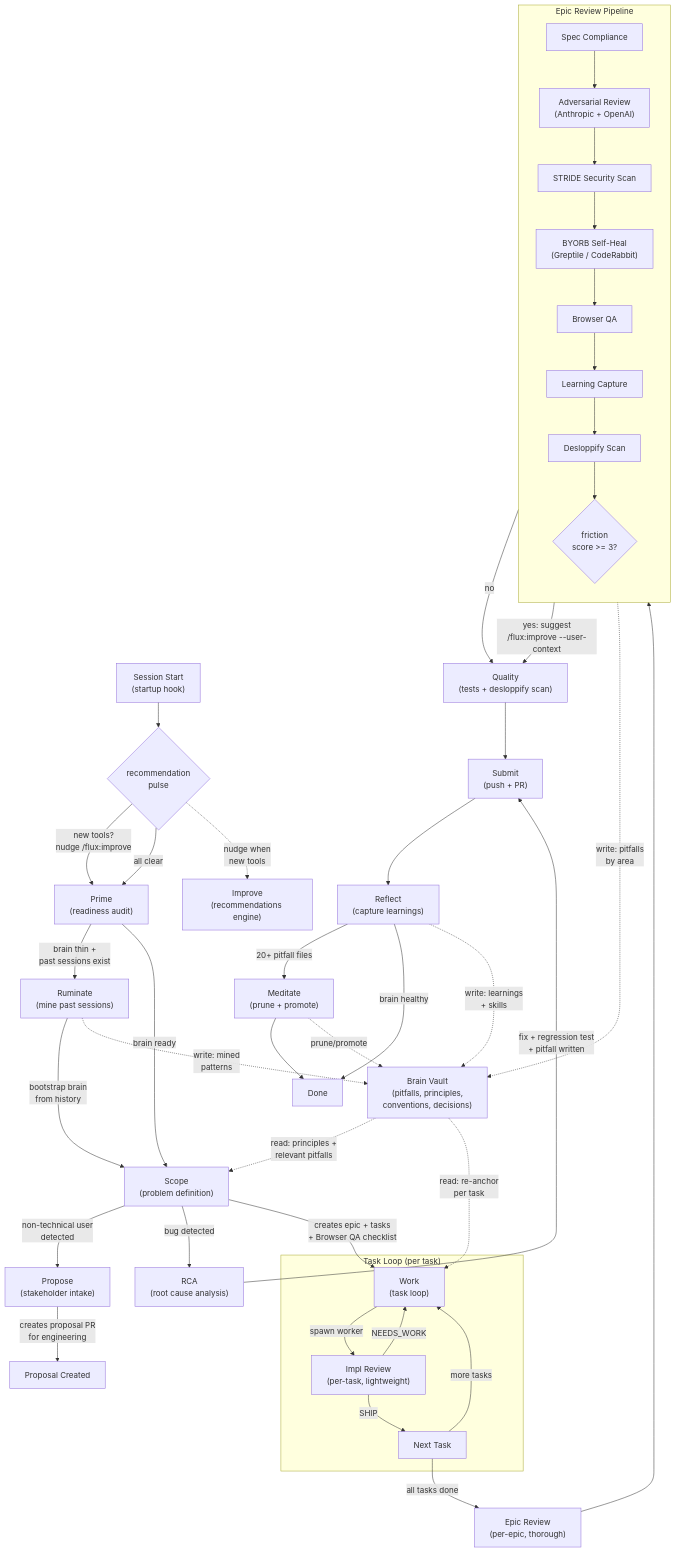
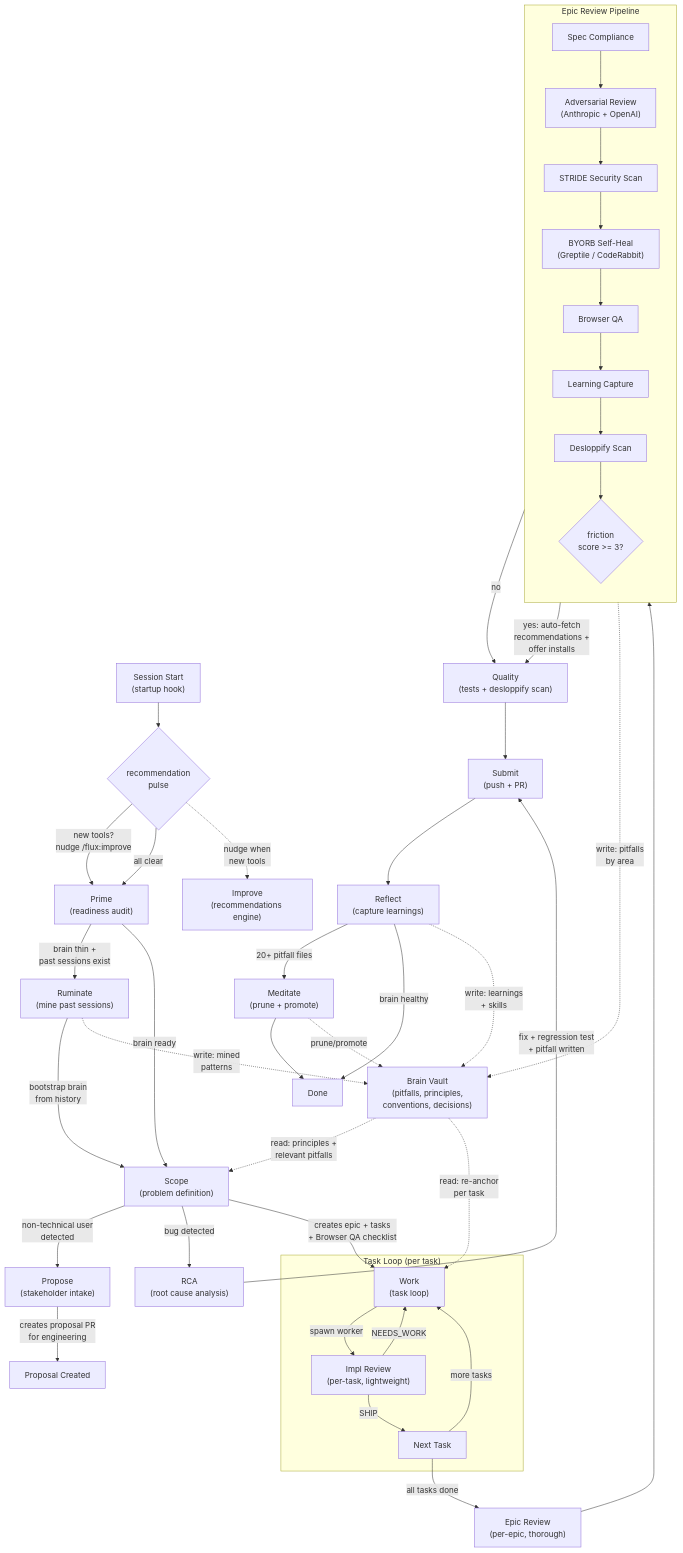
One commit to Nairon-AI/flux changed the diagram in README.md. Above: the diagram before and after it, drawn with Mermaid. The commit also changed other lines of this file and 5 other files, not shown here.

First line of the commit message:
feat: auto-trigger reflect, ruminate, meditate, and improve in workflow (#79)

````diff
--- a/README.md
+++ b/README.md
@@ -188,78 +188,78 @@
 ```mermaid
 flowchart TD
     SessionStart["Session Start<br/>(startup hook)"]
     Pulse{"recommendation<br/>pulse"}
     Prime["Prime<br/>(readiness audit)"]
     Propose["Propose<br/>(stakeholder intake)"]
     RCA["RCA<br/>(root cause analysis)"]
     Scope["Scope<br/>(problem definition)"]
     Work["Work<br/>(task loop)"]
     ImplReview["Impl Review<br/>(per-task, lightweight)"]
     EpicReview["Epic Review<br/>(per-epic, thorough)"]
     Quality["Quality<br/>(tests + desloppify scan)"]
     Submit["Submit<br/>(push + PR)"]
     Reflect["Reflect<br/>(capture learnings)"]
     Meditate["Meditate<br/>(prune + promote)"]
     Ruminate["Ruminate<br/>(mine past sessions)"]
     Improve["Improve<br/>(recommendations engine)"]
 
     SessionStart --> Pulse
     Pulse -->|"new tools?<br/>nudge /flux:improve"| Prime
     Pulse -->|"all clear"| Prime
     Prime -->|"brain thin +<br/>past sessions exist"| Ruminate
     Prime -->|"brain ready"| Scope
     Ruminate -->|"bootstrap brain<br/>from history"| Scope
     Scope -->|"non-technical user<br/>detected"| Propose
     Propose -->|"creates proposal PR<br/>for engineering"| ProposeDone["Proposal Created"]
     Scope -->|"bug detected"| RCA
     RCA -->|"fix + regression test<br/>+ pitfall written"| Submit
     Scope -->|"creates epic + tasks<br/>+ Browser QA checklist"| Work
 
     subgraph task_loop ["Task Loop (per task)"]
         Work -->|"spawn worker"| ImplReview
         ImplReview -->|"NEEDS_WORK"| Work
         ImplReview -->|"SHIP"| NextTask["Next Task"]
         NextTask -->|"more tasks"| Work
     end
 
     NextTask -->|"all tasks done"| EpicReview
 
     subgraph review_pipeline ["Epic Review Pipeline"]
         direction TB
         SpecCompliance["Spec Compliance"]
         Adversarial["Adversarial Review<br/>(Anthropic + OpenAI)"]
         SecurityScan["STRIDE Security Scan"]
         BotSelfHeal["BYORB Self-Heal<br/>(Greptile / CodeRabbit)"]
         BrowserQA["Browser QA"]
         LearningCapture["Learning Capture"]
         DesloppifyScan["Desloppify Scan"]
         FrustrationSignal{"friction<br/>score >= 3?"}
 
         SpecCompliance --> Adversarial
         Adversarial --> SecurityScan
         SecurityScan --> BotSelfHeal
         BotSelfHeal --> BrowserQA
         BrowserQA --> LearningCapture
         LearningCapture --> DesloppifyScan
         DesloppifyScan --> FrustrationSignal
     end
 
     EpicReview --> SpecCompliance
     FrustrationSignal -->|"no"| Quality
-    FrustrationSignal -->|"yes: suggest<br/>/flux:improve --user-context"| Quality
+    FrustrationSignal -->|"yes: auto-fetch<br/>recommendations +<br/>offer installs"| Quality
     Quality --> Submit
     Submit --> Reflect
     Reflect -->|"20+ pitfall files"| Meditate
     Reflect -->|"brain healthy"| Done["Done"]
     Meditate --> Done
 
     Brain["Brain Vault<br/>(pitfalls, principles,<br/>conventions, decisions)"]
 
     Brain -.->|"read: principles +<br/>relevant pitfalls"| Scope
     Brain -.->|"read: re-anchor<br/>per task"| Work
     LearningCapture -.->|"write: pitfalls<br/>by area"| Brain
     Reflect -.->|"write: learnings<br/>+ skills"| Brain
     Ruminate -.->|"write: mined<br/>patterns"| Brain
     Meditate -.->|"prune/promote"| Brain
     Pulse -.->|"nudge when<br/>new tools"| Improve
 ```
````
